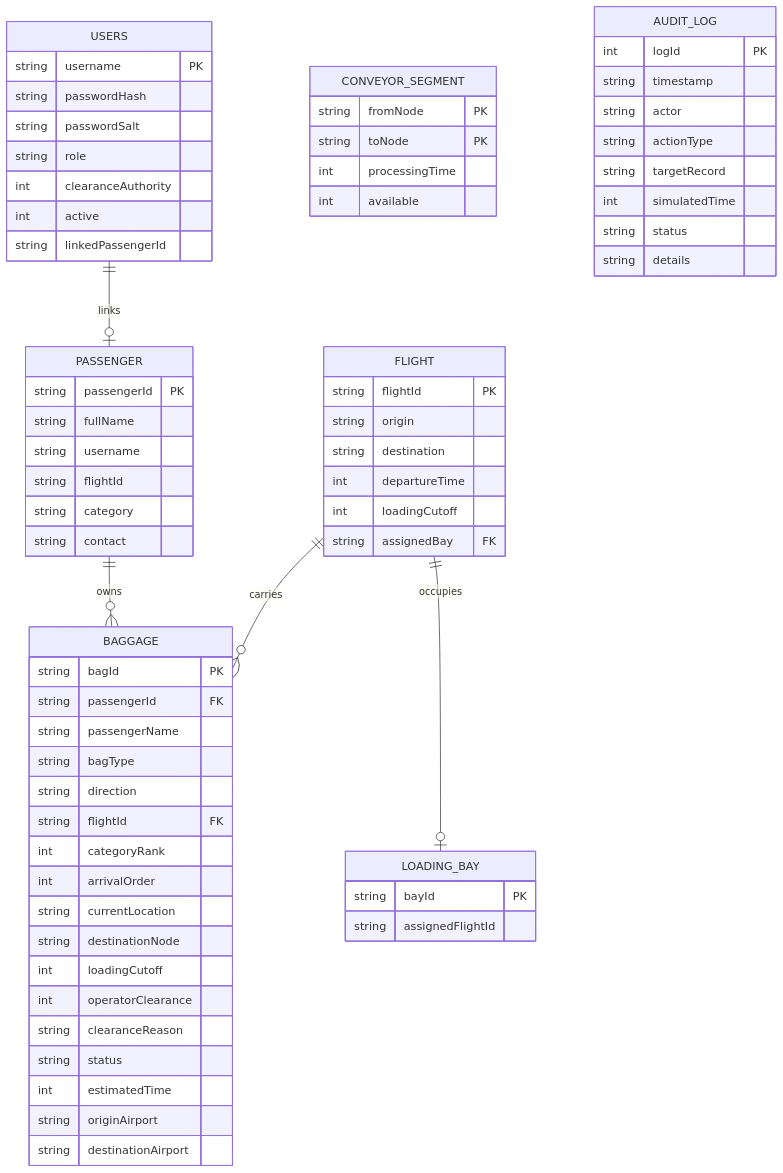
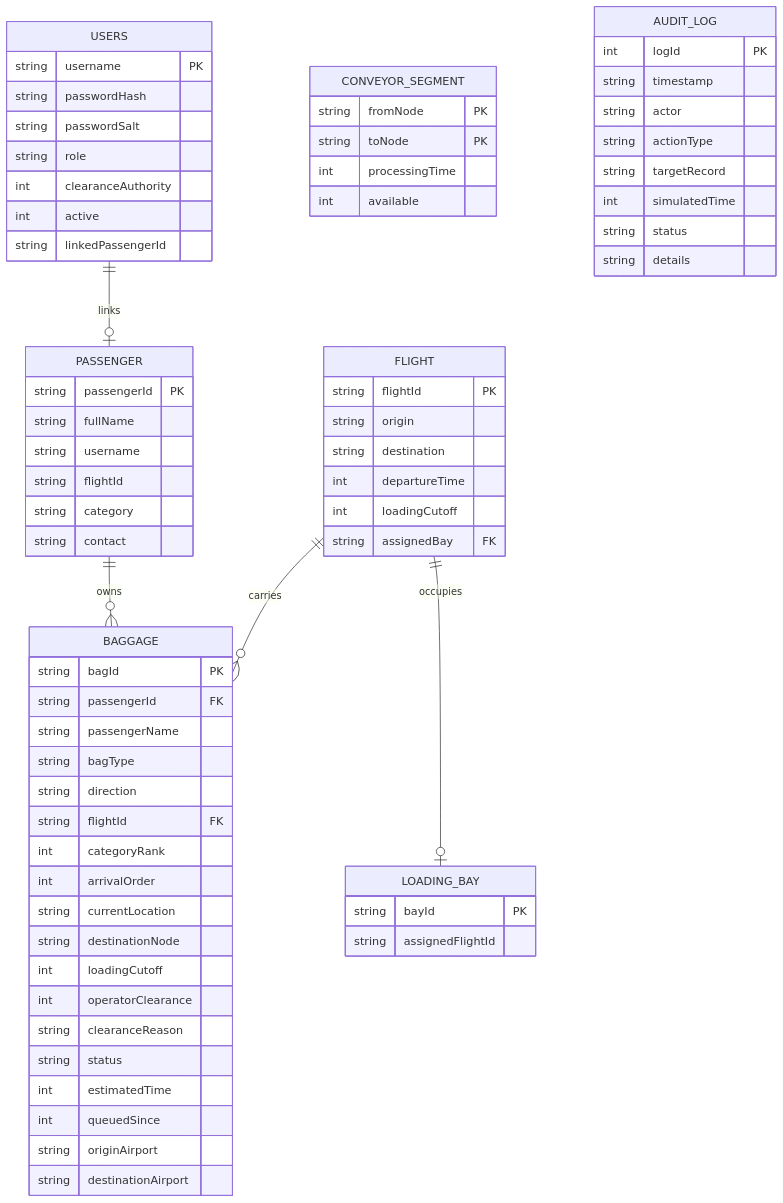
Before and after one commit to yuthistan24/Mini-Project-I: the second of 2 diagrams in README.md, drawn with Mermaid. The commit also changed other lines of this file and 10 other files, not shown here.

````diff
--- a/README.md
+++ b/README.md
@@ -170,72 +205,73 @@
 ```mermaid
 erDiagram
     USERS {
         string username PK
         string passwordHash
         string passwordSalt
         string role
         int clearanceAuthority
         int active
         string linkedPassengerId
     }
     PASSENGER {
         string passengerId PK
         string fullName
         string username
         string flightId
         string category
         string contact
     }
     BAGGAGE {
         string bagId PK
         string passengerId FK
         string passengerName
         string bagType
         string direction
         string flightId FK
         int categoryRank
         int arrivalOrder
         string currentLocation
         string destinationNode
         int loadingCutoff
         int operatorClearance
         string clearanceReason
         string status
         int estimatedTime
+        int queuedSince
         string originAirport
         string destinationAirport
     }
     FLIGHT {
         string flightId PK
         string origin
         string destination
         int departureTime
         int loadingCutoff
         string assignedBay FK
     }
     LOADING_BAY {
         string bayId PK
         string assignedFlightId
     }
     CONVEYOR_SEGMENT {
         string fromNode PK
         string toNode PK
         int processingTime
         int available
     }
     AUDIT_LOG {
         int logId PK
         string timestamp
         string actor
         string actionType
         string targetRecord
         int simulatedTime
         string status
         string details
     }
 
     USERS ||--o| PASSENGER : links
     PASSENGER ||--o{ BAGGAGE : owns
     FLIGHT ||--o{ BAGGAGE : carries
     FLIGHT ||--o| LOADING_BAY : occupies
 ```
````
